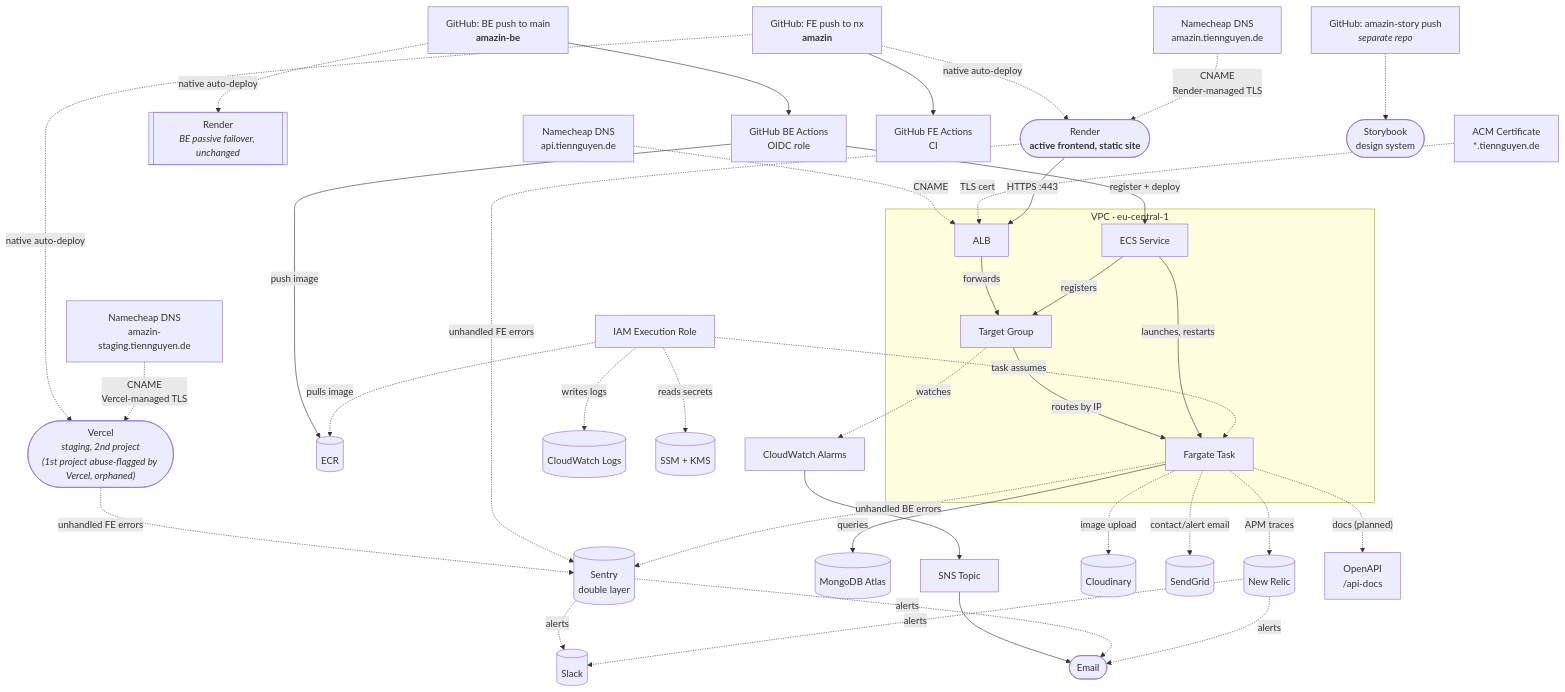
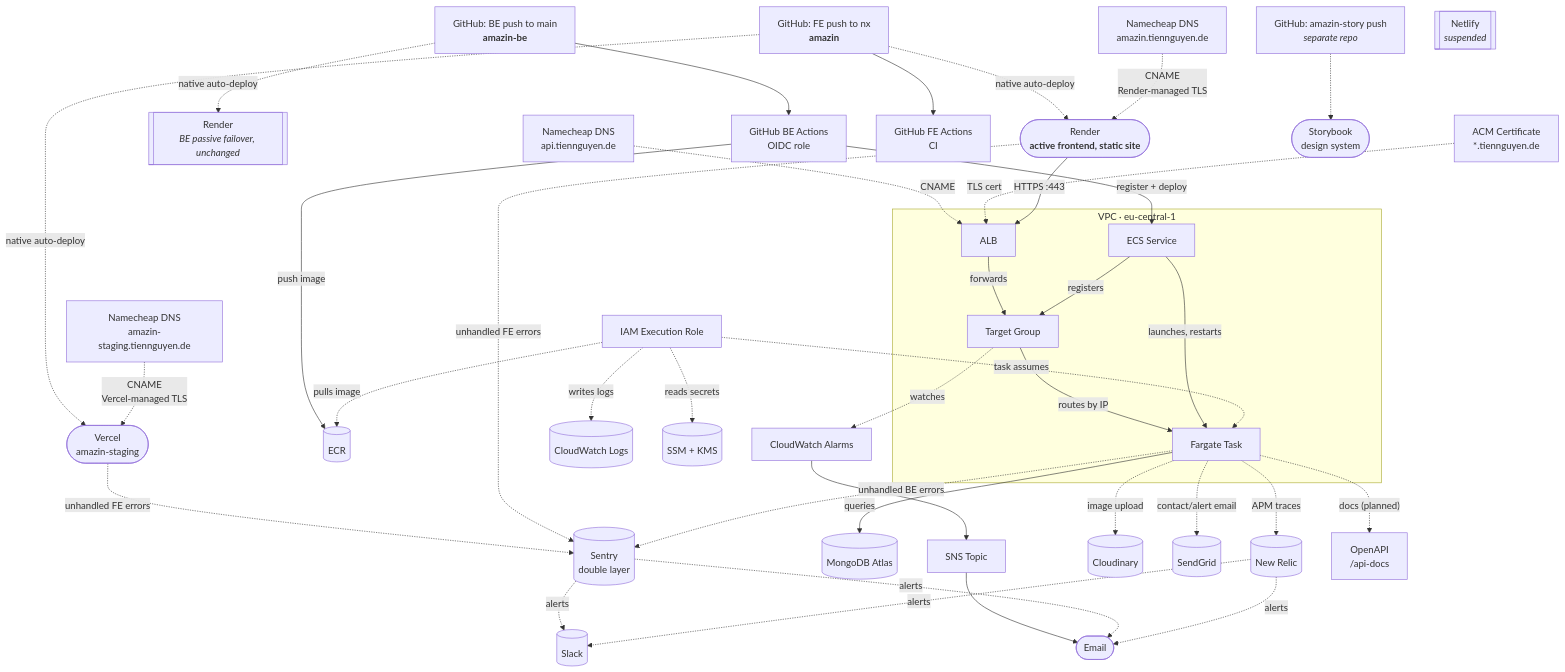
One commit to ntrix/amazin changed the diagram in README.md. Above: the diagram before and after it, drawn with Mermaid.

Commit message:
docs(readme): shorten Vercel staging node label, add orphaned Netlify node

````diff
--- a/README.md
+++ b/README.md
@@ -112,55 +112,56 @@
 ```mermaid
 flowchart TB
   GitHubBE["GitHub: BE push to main<br/><b>amazin-be</b>"] --> ActionsBE["GitHub BE Actions<br/>OIDC role"]
   ActionsBE -->|"push image"| ECR[("ECR")]
   ActionsBE -->|"register + deploy"| Service
   GitHubBE -.->|"native auto-deploy"| Render
 
   DNS["Namecheap DNS<br/>api.tiennguyen.de"] -. CNAME .-> ALB
   ACM["ACM Certificate<br/>*.tiennguyen.de"] -. "TLS cert" .-> ALB
 
   GitHubFE["GitHub: FE push to nx<br/><b>amazin</b>"] --> ActionsFE["GitHub FE Actions<br/>CI"]
   GitHubFE -.->|"native auto-deploy"| RenderFE(["Render<br/><b>active frontend, static site</b>"])
   DNSFE["Namecheap DNS<br/>amazin.tiennguyen.de"] -. "CNAME<br/>Render-managed TLS" .-> RenderFE
   RenderFE -->|"HTTPS :443"| ALB["ALB"]
-  GitHubFE -.->|"native auto-deploy"| VercelStaging(["Vercel<br/><i>staging, 2nd project<br/>(1st project abuse-flagged by Vercel, orphaned)</i>"])
+  GitHubFE -.->|"native auto-deploy"| VercelStaging(["Vercel<br/>amazin-staging"])
   DNSStaging["Namecheap DNS<br/>amazin-staging.tiennguyen.de"] -. "CNAME<br/>Vercel-managed TLS" .-> VercelStaging
   VercelStaging -. "unhandled FE errors" .-> Sentry
   ALB -->|forwards| TG["Target Group"]
   TG -->|"routes by IP"| Task["Fargate Task"]
   Task -->|queries| Mongo[("MongoDB Atlas")]
   Service["ECS Service"] -->|"launches, restarts"| Task
   Service -->|registers| TG
   RenderFE -. "unhandled FE errors" .-> Sentry
 
   Role["IAM Execution Role"] -. "task assumes" .-> Task
   Role -. "pulls image" .-> ECR
   Role -. "writes logs" .-> Logs[("CloudWatch Logs")]
   Role -. "reads secrets" .-> SSM[("SSM + KMS")]
 
   TG -. watches .-> Alarms["CloudWatch Alarms"]
   Alarms --> SNS["SNS Topic"]
   SNS --> Email([Email])
 
   Task -. "image upload" .-> Cloudinary[("Cloudinary")]
   Task -. "contact/alert email" .-> SendGrid[("SendGrid")]
 
   Sentry -. alerts .-> Slack[("Slack")]
   Sentry -. alerts .-> Email
   NewRelic -. alerts .-> Slack
   NewRelic -. alerts .-> Email
   Task -. "unhandled BE errors" .-> Sentry[("Sentry<br>double layer")]
   Task -. "APM traces" .-> NewRelic[("New Relic")]
   Task -. "docs (planned)" .-> OpenAPI["OpenAPI<br>/api-docs"]
 
   GitHubStory["GitHub: amazin-story push<br/><i>separate repo</i>"] -.-> Storybook(["Storybook<br/>design system"])
 
   Render[["Render<br/><i>BE passive failover, unchanged</i>"]]
+  Netlify[["Netlify<br/><i>suspended</i>"]]
 
   subgraph VPC["VPC · eu-central-1"]
     ALB
     TG
     Task
     Service
   end
 ```
````
